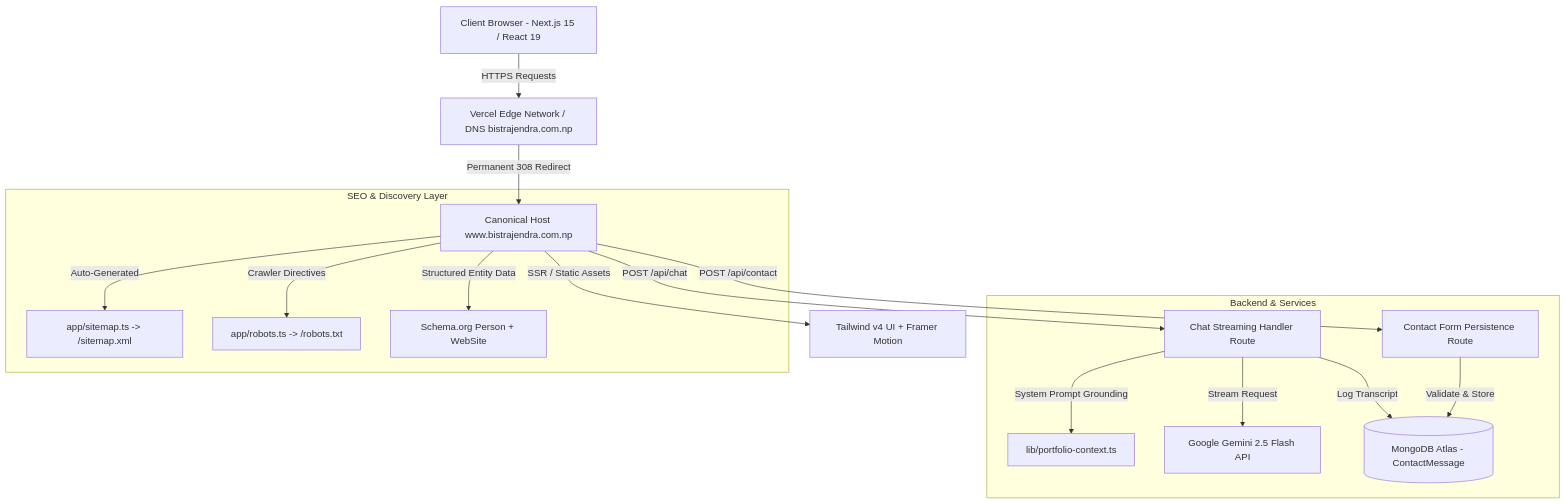
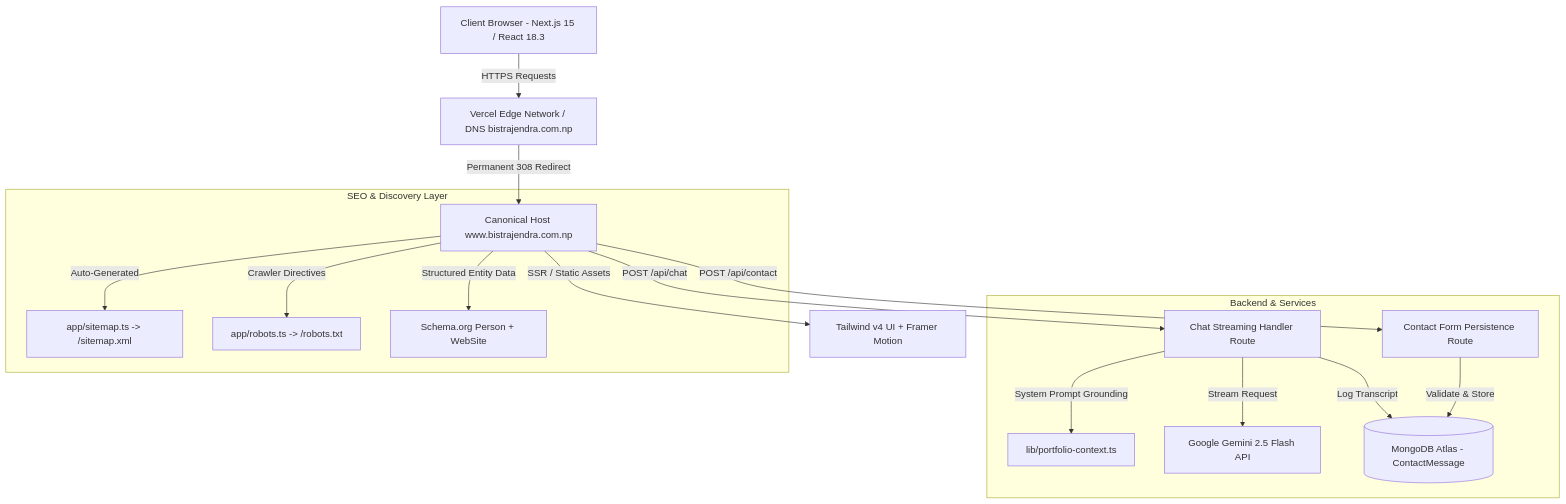
The diagram in README.md (rajendrabist07/rajendra-bist), drawn with Mermaid before and after one commit. The commit also changed other lines of this file and 47 other files, not shown here.

````diff
--- a/README.md
+++ b/README.md
@@ -20,21 +20,21 @@
 ```mermaid
 graph TD
-    Client[Client Browser - Next.js 15 / React 19] -->|HTTPS Requests| Edge[Vercel Edge Network / DNS bistrajendra.com.np]
+    Client[Client Browser - Next.js 15 / React 18.3] -->|HTTPS Requests| Edge[Vercel Edge Network / DNS bistrajendra.com.np]
     Edge -->|Permanent 308 Redirect| Canonical[Canonical Host www.bistrajendra.com.np]
     Canonical -->|SSR / Static Assets| UI[Tailwind v4 UI + Framer Motion]
     Canonical -->|POST /api/chat| ChatRoute[Chat Streaming Handler Route]
     Canonical -->|POST /api/contact| ContactRoute[Contact Form Persistence Route]
 
     subgraph Backend & Services
         ChatRoute -->|System Prompt Grounding| Context[lib/portfolio-context.ts]
         ChatRoute -->|Stream Request| Gemini[Google Gemini 2.5 Flash API]
         ChatRoute -->|Log Transcript| DB[(MongoDB Atlas - ChatMessage)]
         ContactRoute -->|Validate & Store| DB[(MongoDB Atlas - ContactMessage)]
     end
 
     subgraph SEO & Discovery Layer
         Canonical -->|Auto-Generated| Sitemap[app/sitemap.ts -> /sitemap.xml]
         Canonical -->|Crawler Directives| Robots[app/robots.ts -> /robots.txt]
         Canonical -->|Structured Entity Data| JSONLD[Schema.org Person + WebSite]
     end
 ```
````
